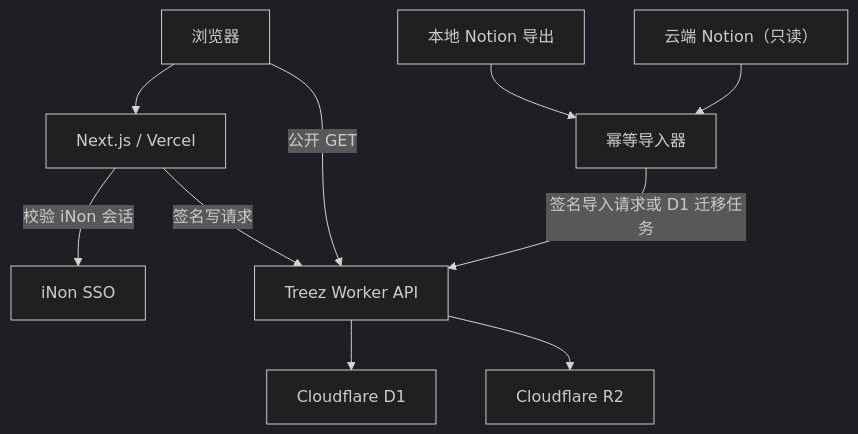
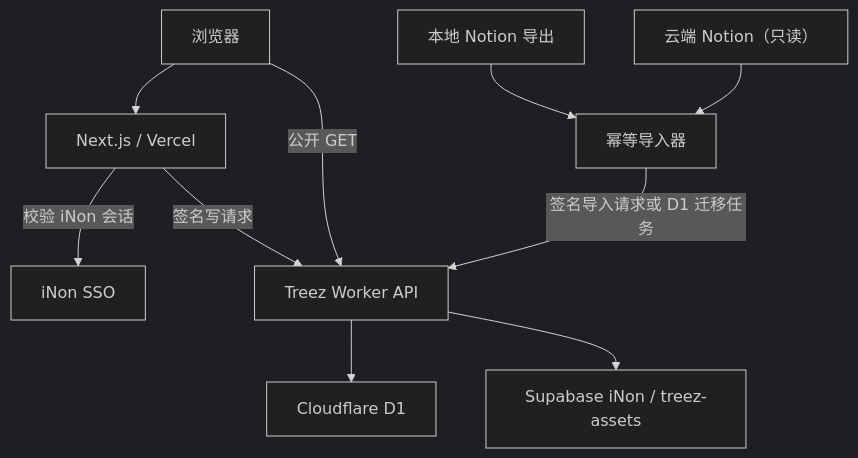
One commit to JacksonHe04/treez changed the second of 2 diagrams in .agents/docs/260726/treez-architecture.md. Above: the diagram before and after it, drawn with Mermaid (dark theme). The commit also changed other lines of this file and 19 other files, not shown here.

First line of the commit message:
feat(storage): move Treez images to Supabase

````diff
--- a/.agents/docs/260726/treez-architecture.md
+++ b/.agents/docs/260726/treez-architecture.md
@@ -24,12 +24,12 @@
 ```mermaid
 flowchart TB
   Browser["浏览器"] --> Next["Next.js / Vercel"]
   Browser -->|"公开 GET"| Worker["Treez Worker API"]
   Next -->|"校验 iNon 会话"| SSO["iNon SSO"]
   Next -->|"签名写请求"| Worker
   Worker --> D1["Cloudflare D1"]
-  Worker --> R2["Cloudflare R2"]
+  Worker --> Storage["Supabase iNon / treez-assets"]
   Local["本地 Notion 导出"] --> Importer["幂等导入器"]
   Cloud["云端 Notion（只读）"] --> Importer
   Importer -->|"签名导入请求或 D1 迁移任务"| Worker
 ```
````
